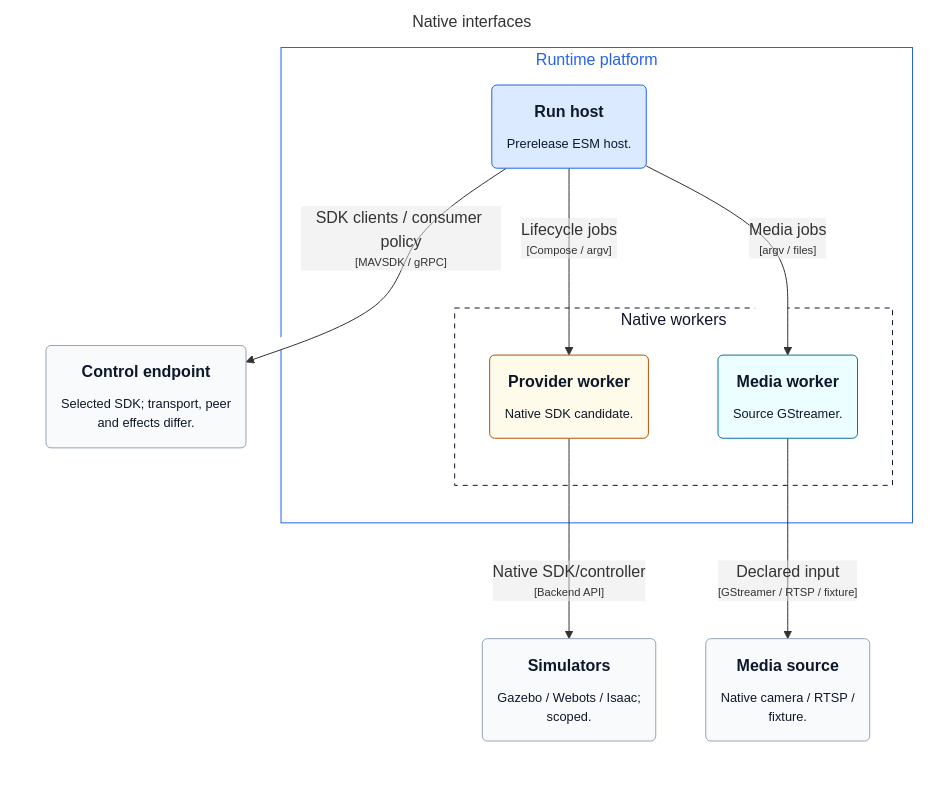
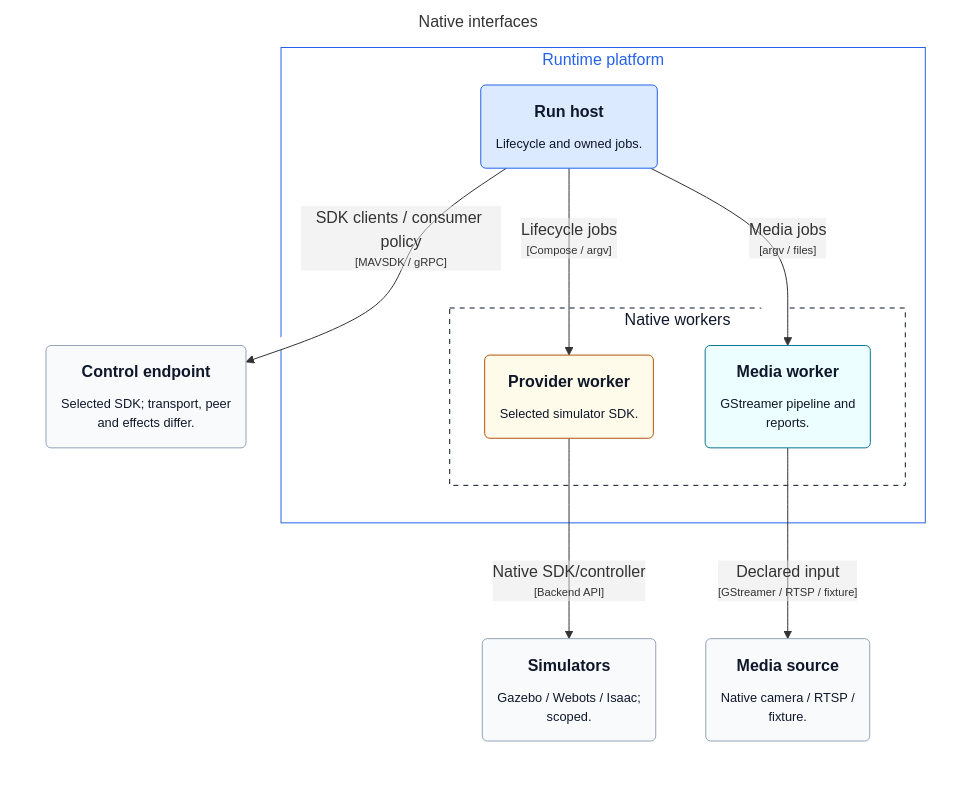
Before and after one commit to mmkolpakov/robotics-runtime: the diagram in docs/architecture/generated/structurizr-NativeInterfaces.mmd, drawn with Mermaid. The commit also changed 17 other files, not shown here.

```diff
--- a/docs/architecture/generated/structurizr-NativeInterfaces.mmd
+++ b/docs/architecture/generated/structurizr-NativeInterfaces.mmd
@@ -1,36 +1,36 @@
 graph LR
   linkStyle default fill:#ffffff
 
   subgraph diagram ["Native interfaces"]
     style diagram fill:#ffffff,stroke:#ffffff
 
     3("<div style='font-weight: bold'>Simulators</div><div style='font-size: 80%; margin-top:10px'>Gazebo / Webots / Isaac;<br />scoped.</div>")
     style 3 fill:#f8fafc,stroke:#94a3b8,color:#0f172a
     4("<div style='font-weight: bold'>Control endpoint</div><div style='font-size: 80%; margin-top:10px'>Selected SDK; transport, peer<br />and effects differ.</div>")
     style 4 fill:#f8fafc,stroke:#94a3b8,color:#0f172a
     5("<div style='font-weight: bold'>Media source</div><div style='font-size: 80%; margin-top:10px'>Native camera / RTSP /<br />fixture.</div>")
     style 5 fill:#f8fafc,stroke:#94a3b8,color:#0f172a
 
     subgraph 7 ["Runtime platform"]
       style 7 fill:#ffffff,stroke:#2563eb,color:#2563eb
 
       subgraph group1 ["Native workers"]
         style group1 fill:#ffffff,stroke:#0f172a,color:#0f172a,stroke-dasharray:5
 
-        11("<div style='font-weight: bold'>Provider worker</div><div style='font-size: 80%; margin-top:10px'>Native SDK candidate.</div>")
+        11("<div style='font-weight: bold'>Provider worker</div><div style='font-size: 80%; margin-top:10px'>Selected simulator SDK.</div>")
         style 11 fill:#fffbeb,stroke:#b45309,color:#0f172a
-        12("<div style='font-weight: bold'>Media worker</div><div style='font-size: 80%; margin-top:10px'>Source GStreamer.</div>")
+        12("<div style='font-weight: bold'>Media worker</div><div style='font-size: 80%; margin-top:10px'>GStreamer pipeline and<br />reports.</div>")
         style 12 fill:#ecfeff,stroke:#0e7490,color:#0f172a
       end
 
-      8("<div style='font-weight: bold'>Run host</div><div style='font-size: 80%; margin-top:10px'>Prerelease ESM host.</div>")
+      8("<div style='font-weight: bold'>Run host</div><div style='font-size: 80%; margin-top:10px'>Lifecycle and owned jobs.</div>")
       style 8 fill:#dbeafe,stroke:#2563eb,color:#0f172a
     end
 
     8-- "<div>Lifecycle jobs</div><div style='font-size: 70%'>[Compose / argv]</div>" -->11
     8-- "<div>SDK clients / consumer policy</div><div style='font-size: 70%'>[MAVSDK / gRPC]</div>" -->4
     8-- "<div>Media jobs</div><div style='font-size: 70%'>[argv / files]</div>" -->12
     12-- "<div>Declared input</div><div style='font-size: 70%'>[GStreamer / RTSP / fixture]</div>" -->5
     11-- "<div>Native SDK/controller</div><div style='font-size: 70%'>[Backend API]</div>" -->3
 
   end
```
